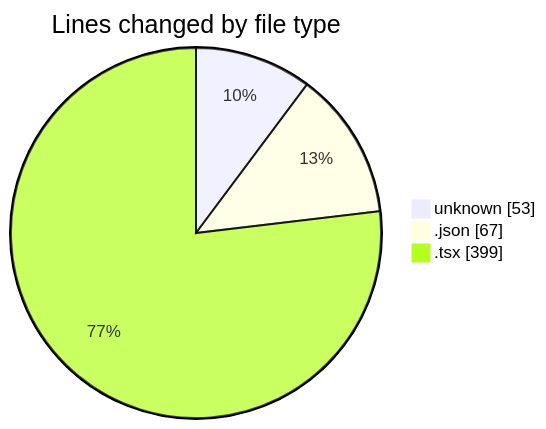
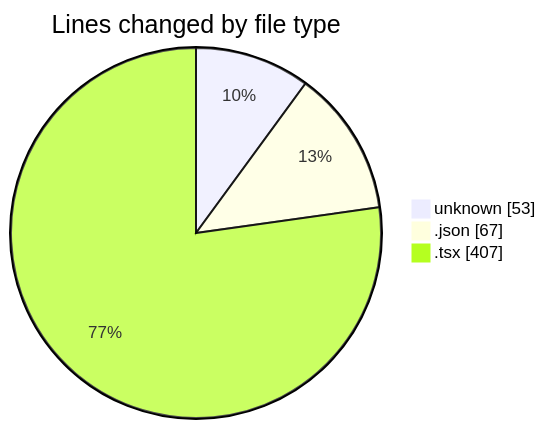
One commit to momahboobian/code-tracking changed the first of 2 diagrams in 2026-01-19/cda/README.md. Above: the diagram before and after it, drawn with Mermaid. The commit also changed other lines of this file and 1 other file, not shown here.

````diff
--- a/2026-01-19/cda/README.md
+++ b/2026-01-19/cda/README.md
@@ -22,7 +22,7 @@
 ```mermaid
 pie showData
 title Lines changed by file type
 "unknown" : 53
 ".json" : 67
-".tsx" : 399
+".tsx" : 407
 ```
````
